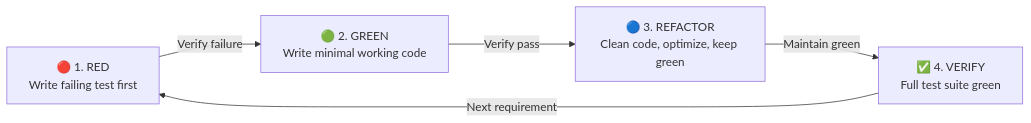
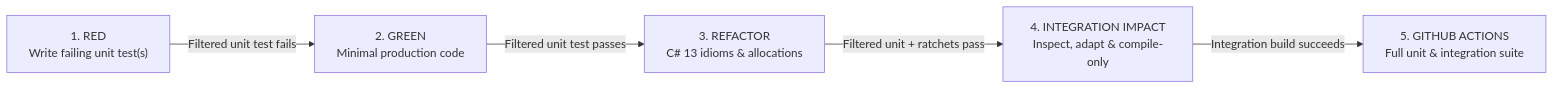
The diagram in .agents/skills/csharp-tdd-developer/SKILL.md (themulle/autheris), drawn with Mermaid before and after one commit. The commit also changed other lines of this file and 12 other files, not shown here.

Commit message:
chore(agents): establish senior-argon junior-hydrogen pairing and github integration test offload

````diff
--- a/.agents/skills/csharp-tdd-developer/SKILL.md
+++ b/.agents/skills/csharp-tdd-developer/SKILL.md
@@ -17,12 +33,13 @@
 ```mermaid
 flowchart LR
-    RED["🔴 1. RED<br/>Write failing test first"]
-    GREEN["🟢 2. GREEN<br/>Write minimal working code"]
-    REFACTOR["🔵 3. REFACTOR<br/>Clean code, optimize, keep green"]
-    VERIFY["✅ 4. VERIFY<br/>Full test suite green"]
+    RED["1. RED<br/>Write failing unit test(s)"]
+    GREEN["2. GREEN<br/>Minimal production code"]
+    REFACTOR["3. REFACTOR<br/>C# 13 idioms & allocations"]
+    INT["4. INTEGRATION IMPACT<br/>Inspect, adapt & compile-only"]
+    CI["5. GITHUB ACTIONS<br/>Full unit & integration suite"]
 
-    RED -->|Verify failure| GREEN
-    GREEN -->|Verify pass| REFACTOR
-    REFACTOR -->|Maintain green| VERIFY
-    VERIFY -->|Next requirement| RED
+    RED -->|Filtered unit test fails| GREEN
+    GREEN -->|Filtered unit test passes| REFACTOR
+    REFACTOR -->|Filtered unit + ratchets pass| INT
+    INT -->|Integration build succeeds| CI
 ```
````
